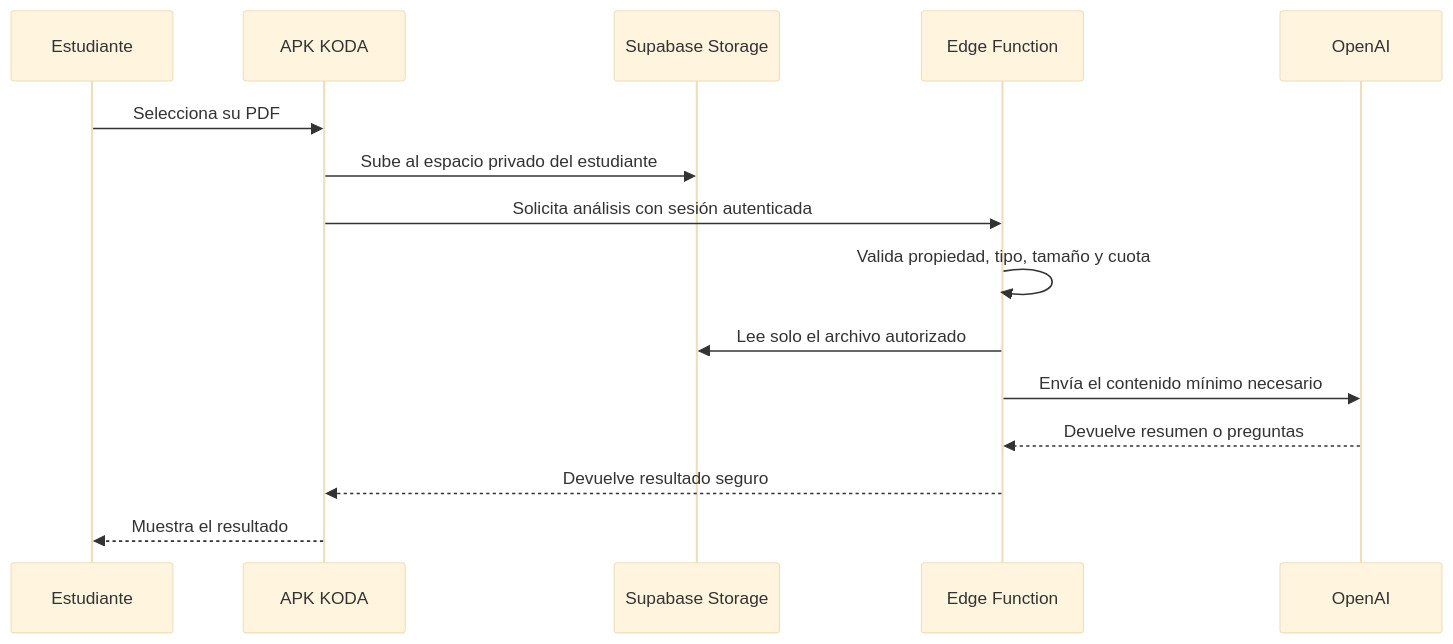
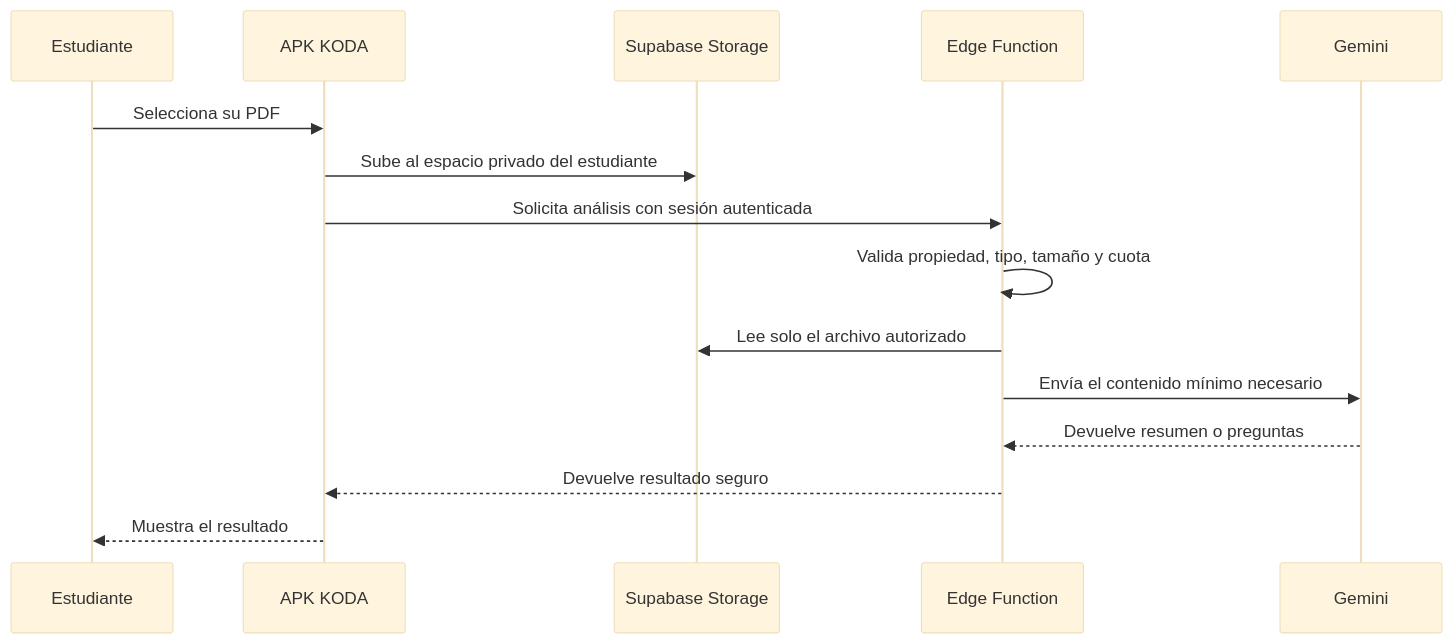
Before and after one commit to sebastianrosasq/KODA: the second of 2 diagrams in docs/SYSTEM_ARCHITECTURE.md, drawn with Mermaid (base theme). The commit also changed other lines of this file and 21 other files, not shown here.

```diff
--- a/docs/SYSTEM_ARCHITECTURE.md
+++ b/docs/SYSTEM_ARCHITECTURE.md
@@ -52,18 +52,18 @@
 ~~~mermaid
 sequenceDiagram
     participant E as Estudiante
     participant A as APK KODA
     participant S as Supabase Storage
     participant F as Edge Function
-    participant O as OpenAI
+    participant G as Gemini
 
     E->>A: Selecciona su PDF
     A->>S: Sube al espacio privado del estudiante
     A->>F: Solicita análisis con sesión autenticada
     F->>F: Valida propiedad, tipo, tamaño y cuota
     F->>S: Lee solo el archivo autorizado
-    F->>O: Envía el contenido mínimo necesario
-    O-->>F: Devuelve resumen o preguntas
+    F->>G: Envía el contenido mínimo necesario
+    G-->>F: Devuelve resumen o preguntas
     F-->>A: Devuelve resultado seguro
     A-->>E: Muestra el resultado
 ~~~
```
